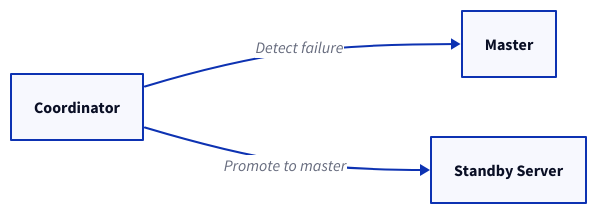
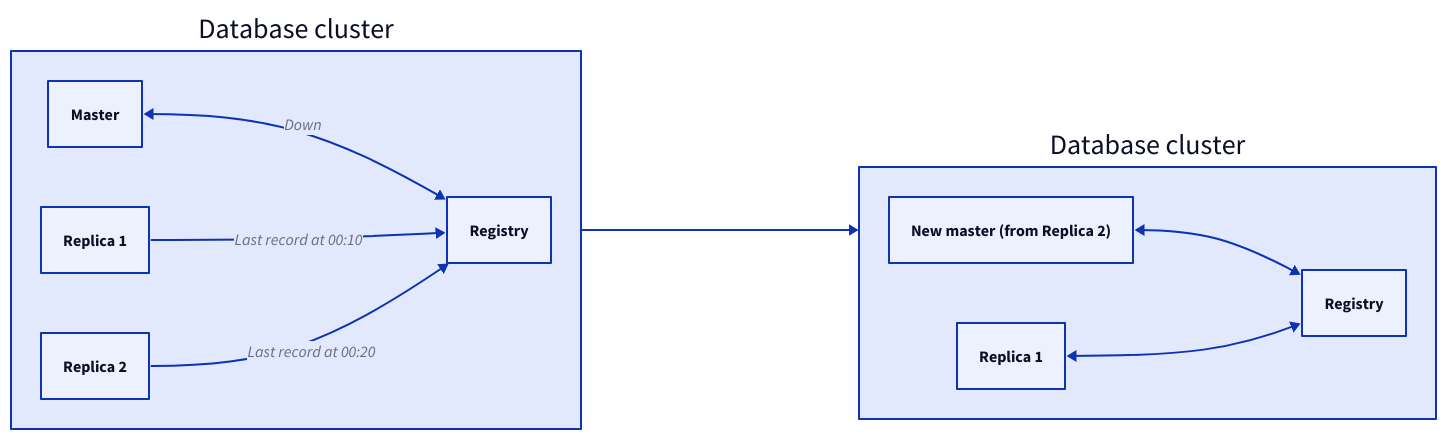
The fourth of 5 diagrams in content/data-persistence/distributed-database/master-slave-architecture.md (link1905/system-design-101), drawn with D2 before and after one commit. The commit also changed other lines of this file and 42 other files, not shown here.

````diff
--- a/content/data-persistence/distributed-database/master-slave-architecture.md
+++ b/content/data-persistence/distributed-database/master-slave-architecture.md
@@ -153,14 +136,37 @@
 ```d2
 direction: right
-c: Coordinator {
-  class: server
+db: Database cluster {
+  s1: Master {
+    class: error
+  }
+  s2: Replica 1 {
+    class: server
+  }
+  s3: Replica 2 {
+    class: server
+  }
+  r: Registry {
+    class: db
+  }
+  s1 <-> r: Down {
+    class: error-conn
+  }
+  s2 -> r: "Last record at 00:10"
+  s3 -> r: "Last record at 00:20"
 }
-m: Master {
-  class: generic-error
+
+db-pro: Database cluster {
+  s2: "New master (from Replica 2)" {
+    class: server
+  }
+  s3: Replica 1 {
+    class: server
+  }
+  r: Registry {
+    class: server
+  }
+  s2 <-> r
+  s3 <-> r
 }
-r: Standby Server {
-  class: server
-}
-c -> m: Detect failure
-c -> r: Promote to master
+db -> db-pro
 ```
````
